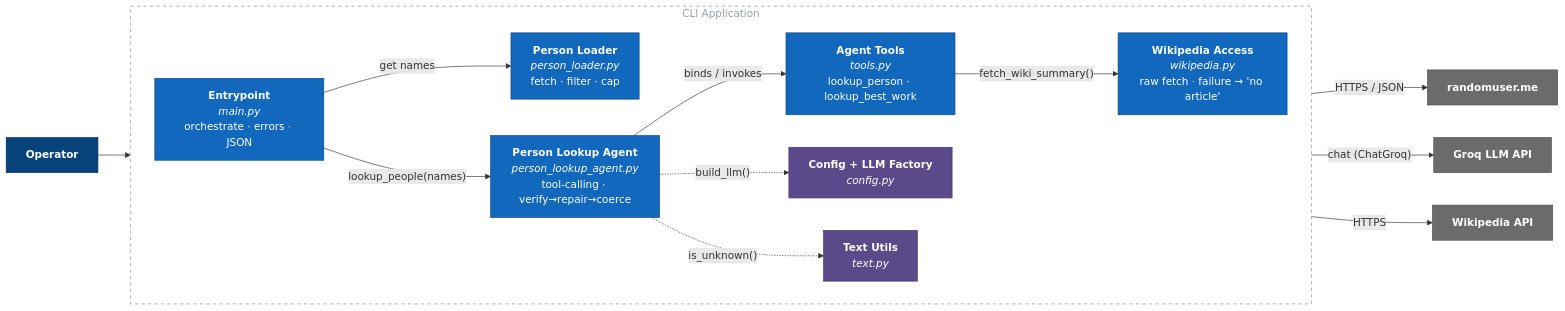
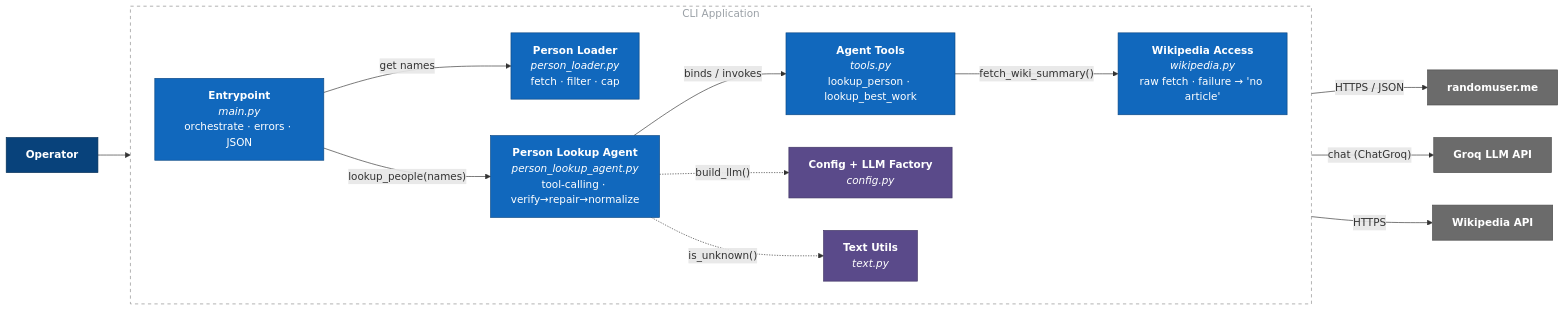
Before and after one commit to NVZver/person_finder: the first of 2 diagrams in docs/c4-3-component.md, drawn with Mermaid. The commit also changed other lines of this file and 2 other files, not shown here.

````diff
--- a/docs/c4-3-component.md
+++ b/docs/c4-3-component.md
@@ -5,38 +5,38 @@
 ```mermaid
 flowchart LR
     operator["<b>Operator</b>"]
     subgraph cli [CLI Application]
         direction LR
         main["<b>Entrypoint</b><br/><i>main.py</i><br/>orchestrate · errors · JSON"]
         loader["<b>Person Loader</b><br/><i>person_loader.py</i><br/>fetch · filter · cap"]
-        agent["<b>Person Lookup Agent</b><br/><i>person_lookup_agent.py</i><br/>tool-calling · verify→repair→coerce"]
+        agent["<b>Person Lookup Agent</b><br/><i>person_lookup_agent.py</i><br/>tool-calling · verify→repair→normalize"]
         tools["<b>Agent Tools</b><br/><i>tools.py</i><br/>lookup_person · lookup_best_work"]
         wiki["<b>Wikipedia Access</b><br/><i>wikipedia.py</i><br/>raw fetch · failure → 'no article'"]
         config["<b>Config + LLM Factory</b><br/><i>config.py</i>"]
         text["<b>Text Utils</b><br/><i>text.py</i>"]
     end
     randomuser["<b>randomuser.me</b>"]
     groq["<b>Groq LLM API</b>"]
     wikiapi["<b>Wikipedia API</b>"]
 
     operator --> main
     main -->|"get names"| loader
     main -->|"lookup_people(names)"| agent
     loader -->|"HTTPS / JSON"| randomuser
     agent -->|"binds / invokes"| tools
     agent -->|"chat (ChatGroq)"| groq
     agent -.->|"build_llm()"| config
     agent -.->|"is_unknown()"| text
     tools -->|"fetch_wiki_summary()"| wiki
     wiki -->|"HTTPS"| wikiapi
 
     classDef person   fill:#08427b,stroke:#052e56,stroke-width:1px,color:#ffffff;
     classDef internal fill:#1168bd,stroke:#0b4884,stroke-width:1px,color:#ffffff;
     classDef helper   fill:#5a4a8a,stroke:#3f3463,stroke-width:1px,color:#ffffff;
     classDef external fill:#6b6b6b,stroke:#4d4d4d,stroke-width:1px,color:#ffffff;
     class operator person;
     class main,loader,agent,tools,wiki internal;
     class config,text helper;
     class randomuser,groq,wikiapi external;
     style cli fill:none,stroke:#8a8a8a,stroke-width:1px,stroke-dasharray:5 5,color:#9aa0a6;
 ```
````
